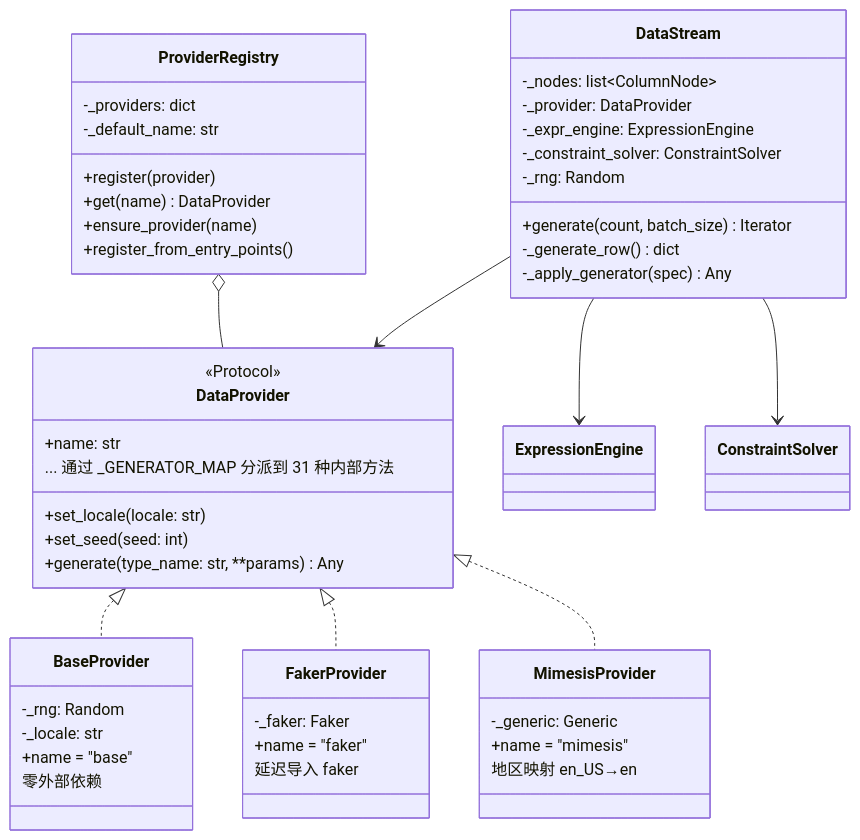
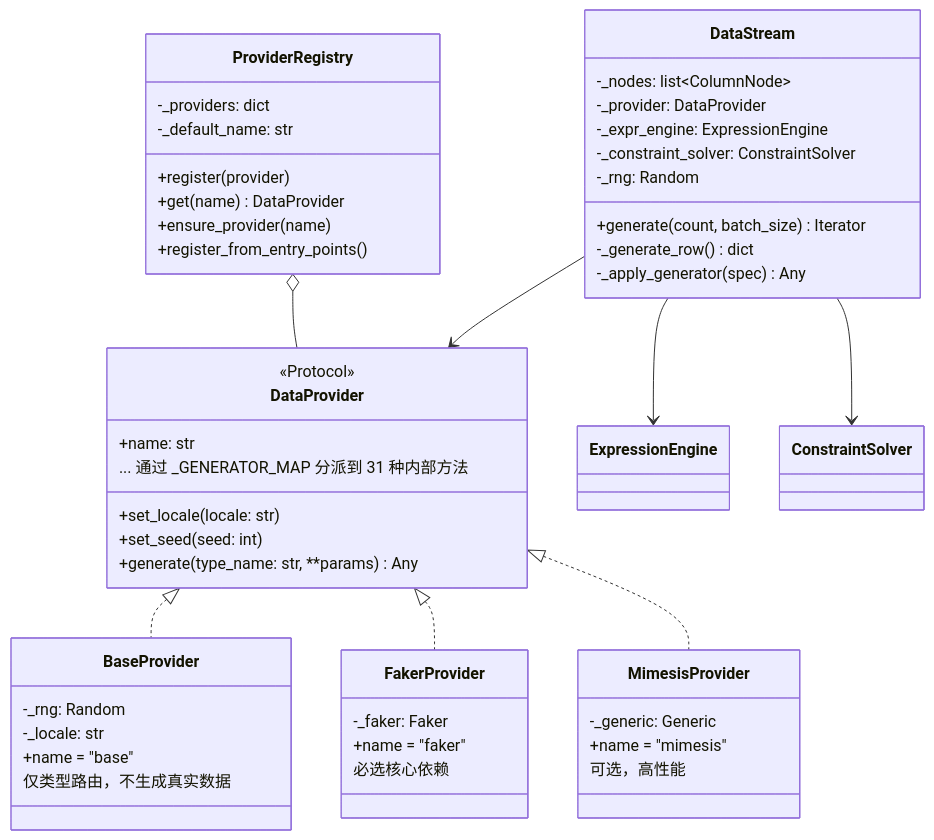
One commit to sunbos/sqlseed changed the fourth of 11 diagrams in docs/architecture.zh-CN.md. Above: the diagram before and after it, drawn with Mermaid. The commit also changed other lines of this file and 185 other files, not shown here.

````diff
--- a/docs/architecture.zh-CN.md
+++ b/docs/architecture.zh-CN.md
@@ -255,58 +267,58 @@
 ```mermaid
 classDiagram
     class DataProvider {
         <<Protocol>>
         +name: str
         +set_locale(locale: str)
         +set_seed(seed: int)
         +generate(type_name: str, **params) Any
         ... 通过 _GENERATOR_MAP 分派到 31 种内部方法
     }
 
     class BaseProvider {
         -_rng: Random
         -_locale: str
         +name = "base"
-        零外部依赖
+        仅类型路由，不生成真实数据
     }
 
     class FakerProvider {
         -_faker: Faker
         +name = "faker"
-        延迟导入 faker
+        必选核心依赖
     }
 
     class MimesisProvider {
         -_generic: Generic
         +name = "mimesis"
-        地区映射 en_US→en
+        可选，高性能
     }
 
     class ProviderRegistry {
         -_providers: dict
         -_default_name: str
         +register(provider)
         +get(name) DataProvider
         +ensure_provider(name)
         +register_from_entry_points()
     }
 
     class DataStream {
         -_nodes: list~ColumnNode~
         -_provider: DataProvider
         -_expr_engine: ExpressionEngine
         -_constraint_solver: ConstraintSolver
         -_rng: Random
         +generate(count, batch_size) Iterator
         -_generate_row() dict
         -_apply_generator(spec) Any
     }
 
     DataProvider <|.. BaseProvider
     DataProvider <|.. FakerProvider
     DataProvider <|.. MimesisProvider
     ProviderRegistry o-- DataProvider
     DataStream --> DataProvider
     DataStream --> ExpressionEngine
     DataStream --> ConstraintSolver
 ```
````
